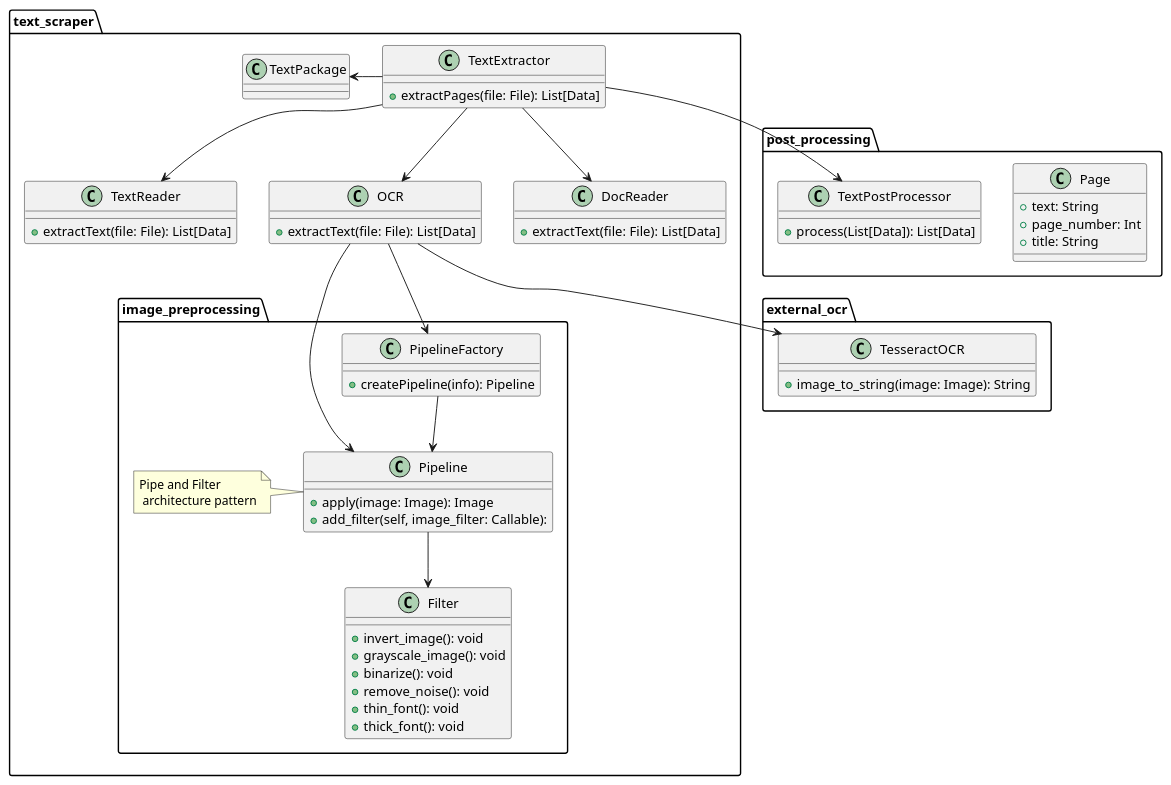
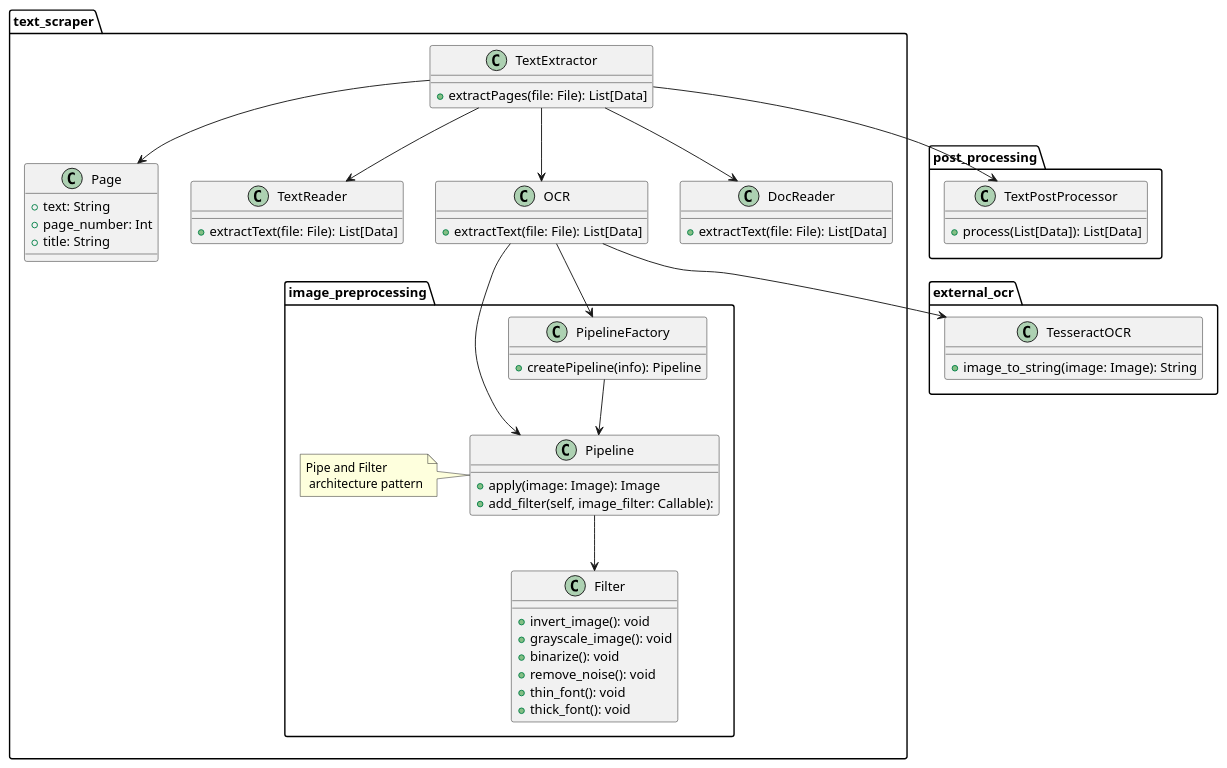
Before and after one commit to tutorai-no/tutor-service: the diagram in docs/diagrams/text_scraper.puml, drawn with PlantUML.

Commit message:
refactor: update text_scraper.puml

```diff
--- a/docs/diagrams/text_scraper.puml
+++ b/docs/diagrams/text_scraper.puml
@@ -1,92 +1,92 @@
 @startuml
 
 package text_scraper {
 
     class TextExtractor {
         + extractPages(file: File): List[Data]
+    }
+
+    class Page{
+        + text: String
+        + page_number: Int
+        + title: String
+
     }
 
     class TextReader {
         + extractText(file: File): List[Data]
     }
 
     class OCR {
         + extractText(file: File): List[Data]
     }
     class DocReader {
         + extractText(file: File): List[Data]
     }
 
 
-    class TextPackage{
     
-    }
 
 
     
     package image_preprocessing {
         class Pipeline {
             + apply(image: Image): Image
             + add_filter(self, image_filter: Callable):
         }
         note left of Pipeline: Pipe and Filter \n architecture pattern
 
 
         class PipelineFactory {
             + createPipeline(info): Pipeline
         }
 
         class Filter {
             + invert_image(): void 
             + grayscale_image(): void
             + binarize(): void
             + remove_noise(): void
             + thin_font(): void
             + thick_font(): void
 
         }
     }
     
     OCR --> PipelineFactory
     OCR --> Pipeline
     PipelineFactory --> Pipeline
     
 
 }
 
 package external_ocr {
 
     class TesseractOCR {
         + image_to_string(image: Image): String
     }
 }
 
 package post_processing {
-    class Page{
-        + text: String
-        + page_number: Int
-        + title: String
-
-    }
+    
 
 
     class TextPostProcessor {
         + process(List[Data]): List[Data]
     }
 
 }
 
 
     
 
 
 TextExtractor --> OCR
 TextExtractor --> DocReader
 TextExtractor --> TextReader
 TextExtractor --> TextPostProcessor
 OCR --> TesseractOCR
 Pipeline --> Filter
-TextExtractor -left-> TextPackage
+TextExtractor --> Page
 
 
 @enduml
```
